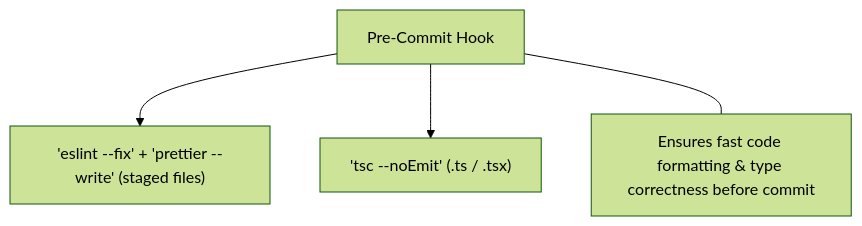
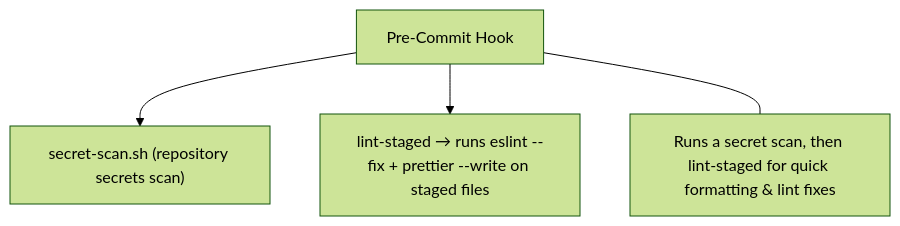
One commit to aj-kivimaki/jpx changed the first of 2 diagrams in docs/PRE-HOOKS.md. Above: the diagram before and after it, drawn with Mermaid (forest theme). The commit also changed other lines of this file and 19 other files, not shown here.

````diff
--- a/docs/PRE-HOOKS.md
+++ b/docs/PRE-HOOKS.md
@@ -9,8 +9,8 @@
 ```mermaid
 flowchart TD
-    PreCommit["Pre-Commit Hook"] --> ESLint["'eslint --fix' + 'prettier --write' (staged files)"]
-    PreCommit --> TypeCheckTS["'tsc --noEmit' (.ts / .tsx)"]
+    PreCommit["Pre-Commit Hook"] --> SecretScan["secret-scan.sh (repository secrets scan)"]
+    PreCommit --> LintStaged["lint-staged → runs eslint --fix + prettier --write on staged files"]
 
     %% Notes
-    PreCommit --- Note1["Ensures fast code formatting & type correctness before commit"]
+    PreCommit --- Note1["Runs a secret scan, then lint-staged for quick formatting & lint fixes"]
 ```
````
